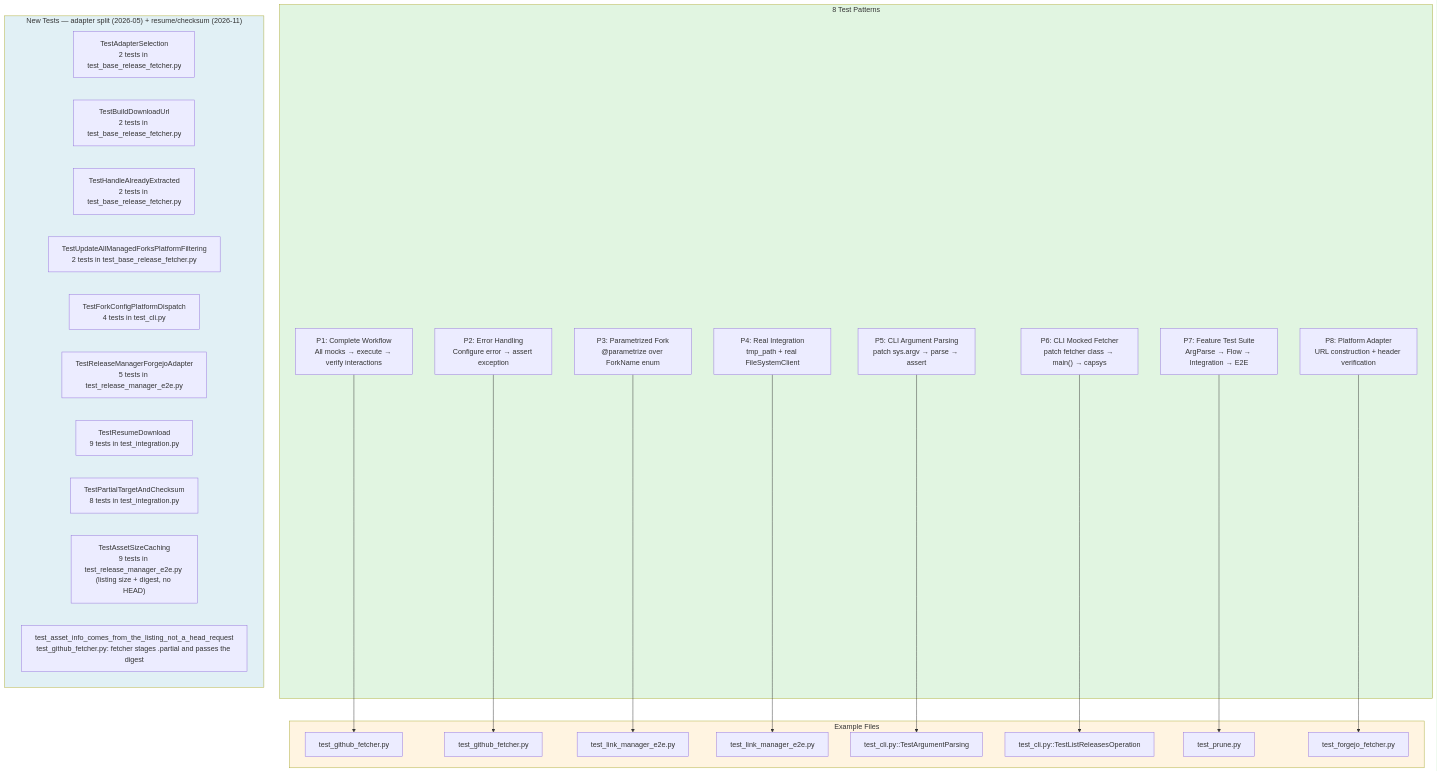
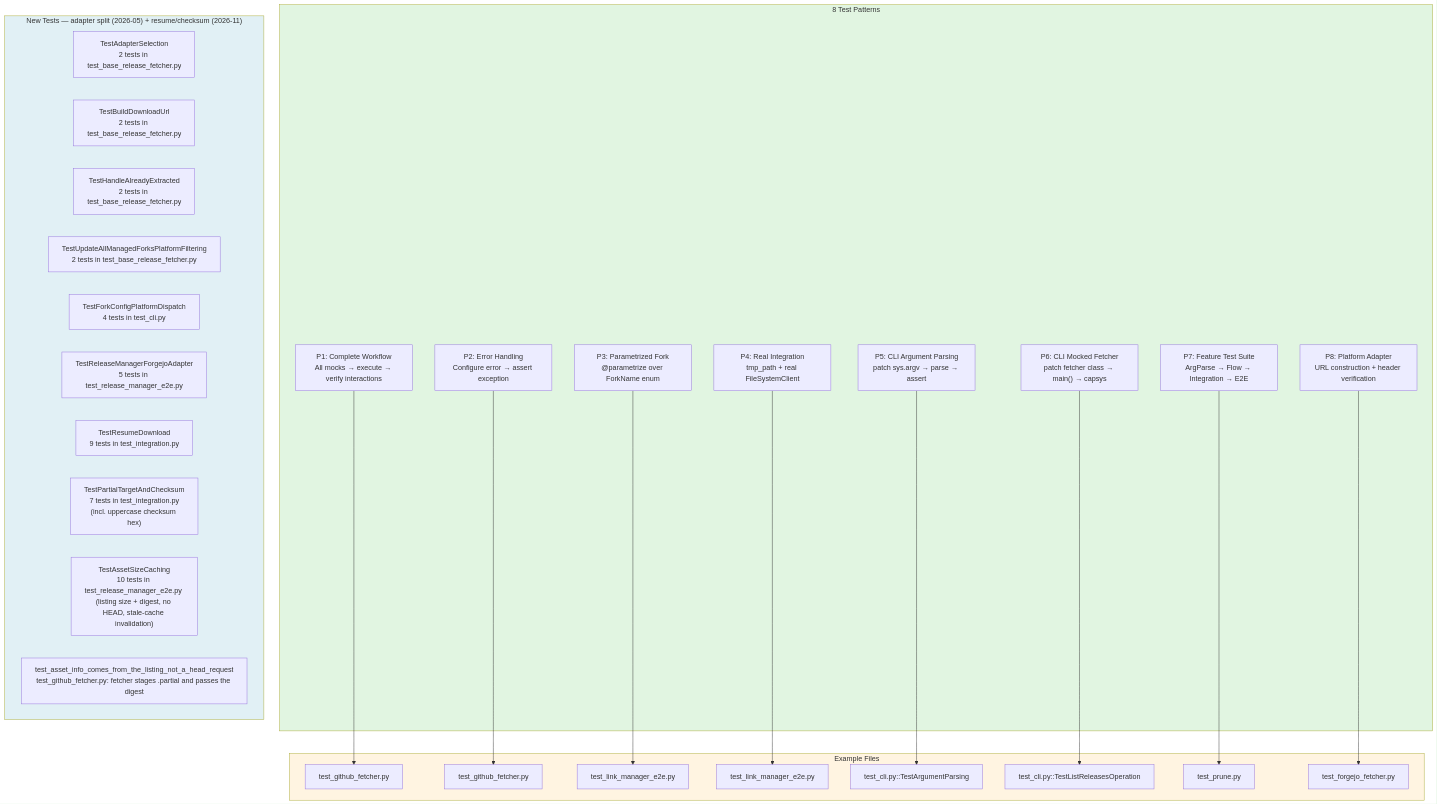
The sixth of 16 diagrams in tests/TEST_DESIGN.md (WombatFromHell/protonge-fetcher), drawn with Mermaid before and after one commit. The commit also changed other lines of this file and 7 other files, not shown here.

````diff
--- a/tests/TEST_DESIGN.md
+++ b/tests/TEST_DESIGN.md
@@ -293,50 +293,50 @@
 ```mermaid
 graph TB
     subgraph PATTERNS["8 Test Patterns"]
         P1["P1: Complete Workflow<br/>All mocks → execute → verify interactions"]
         P2["P2: Error Handling<br/>Configure error → assert exception"]
         P3["P3: Parametrized Fork<br/>@parametrize over ForkName enum"]
         P4["P4: Real Integration<br/>tmp_path + real FileSystemClient"]
         P5["P5: CLI Argument Parsing<br/>patch sys.argv → parse → assert"]
         P6["P6: CLI Mocked Fetcher<br/>patch fetcher class → main() → capsys"]
         P7["P7: Feature Test Suite<br/>ArgParse → Flow → Integration → E2E"]
         P8["P8: Platform Adapter<br/>URL construction + header verification"]
     end
 
     subgraph EXAMPLES["Example Files"]
         E1["test_github_fetcher.py"]
         E2["test_github_fetcher.py"]
         E3["test_link_manager_e2e.py"]
         E4["test_link_manager_e2e.py"]
         E5["test_cli.py::TestArgumentParsing"]
         E6["test_cli.py::TestListReleasesOperation"]
         E7["test_prune.py"]
         E8["test_forgejo_fetcher.py"]
     end
 
     subgraph NEW_TESTS["New Tests — adapter split (2026-05) + resume/checksum (2026-11)"]
         NT1["TestAdapterSelection<br/>2 tests in test_base_release_fetcher.py"]
         NT2["TestBuildDownloadUrl<br/>2 tests in test_base_release_fetcher.py"]
         NT3["TestHandleAlreadyExtracted<br/>2 tests in test_base_release_fetcher.py"]
         NT4["TestUpdateAllManagedForksPlatformFiltering<br/>2 tests in test_base_release_fetcher.py"]
         NT5["TestForkConfigPlatformDispatch<br/>4 tests in test_cli.py"]
         NT6["TestReleaseManagerForgejoAdapter<br/>5 tests in test_release_manager_e2e.py"]
         NT7["TestResumeDownload<br/>9 tests in test_integration.py"]
-        NT8["TestPartialTargetAndChecksum<br/>8 tests in test_integration.py"]
-        NT9["TestAssetSizeCaching<br/>9 tests in test_release_manager_e2e.py (listing size + digest, no HEAD)"]
+        NT8["TestPartialTargetAndChecksum<br/>7 tests in test_integration.py<br/>(incl. uppercase checksum hex)"]
+        NT9["TestAssetSizeCaching<br/>10 tests in test_release_manager_e2e.py (listing size + digest, no HEAD, stale-cache invalidation)"]
         NT10["test_asset_info_comes_from_the_listing_not_a_head_request<br/>test_github_fetcher.py: fetcher stages .partial and passes the digest"]
     end
 
     P1 --> E1
     P2 --> E2
     P3 --> E3
     P4 --> E4
     P5 --> E5
     P6 --> E6
     P7 --> E7
     P8 --> E8
 
     style PATTERNS fill:#e1f5e1
     style EXAMPLES fill:#fff4e1
     style NEW_TESTS fill:#e1f0f5
 ```
````
